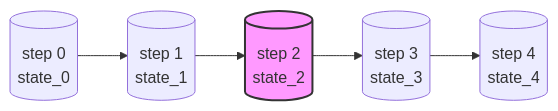
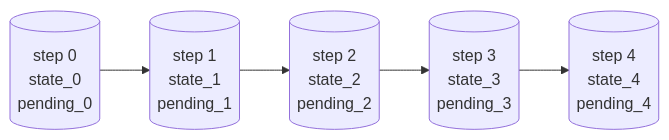
One commit to wanglh39/langgraph changed the diagram in docs/principles/checkpoint.md. Above: the diagram before and after it, drawn with Mermaid. The commit also changed other lines of this file and 16 other files, not shown here.

````diff
--- a/docs/principles/checkpoint.md
+++ b/docs/principles/checkpoint.md
@@ -28,8 +79,7 @@
 ```mermaid
 graph LR
-    S0[(step 0<br/>state_0)] --> S1[(step 1<br/>state_1)]
-    S1 --> S2[(step 2<br/>state_2)]
-    S2 --> S3[(step 3<br/>state_3)]
-    S3 --> S4[(step 4<br/>state_4)]
-    style S2 fill:#f9f,stroke:#333,stroke-width:2px
+    S0[(step 0<br/>state_0<br/>pending_0)] --> S1[(step 1<br/>state_1<br/>pending_1)]
+    S1 --> S2[(step 2<br/>state_2<br/>pending_2)]
+    S2 --> S3[(step 3<br/>state_3<br/>pending_3)]
+    S3 --> S4[(step 4<br/>state_4<br/>pending_4)]
 ```
````
